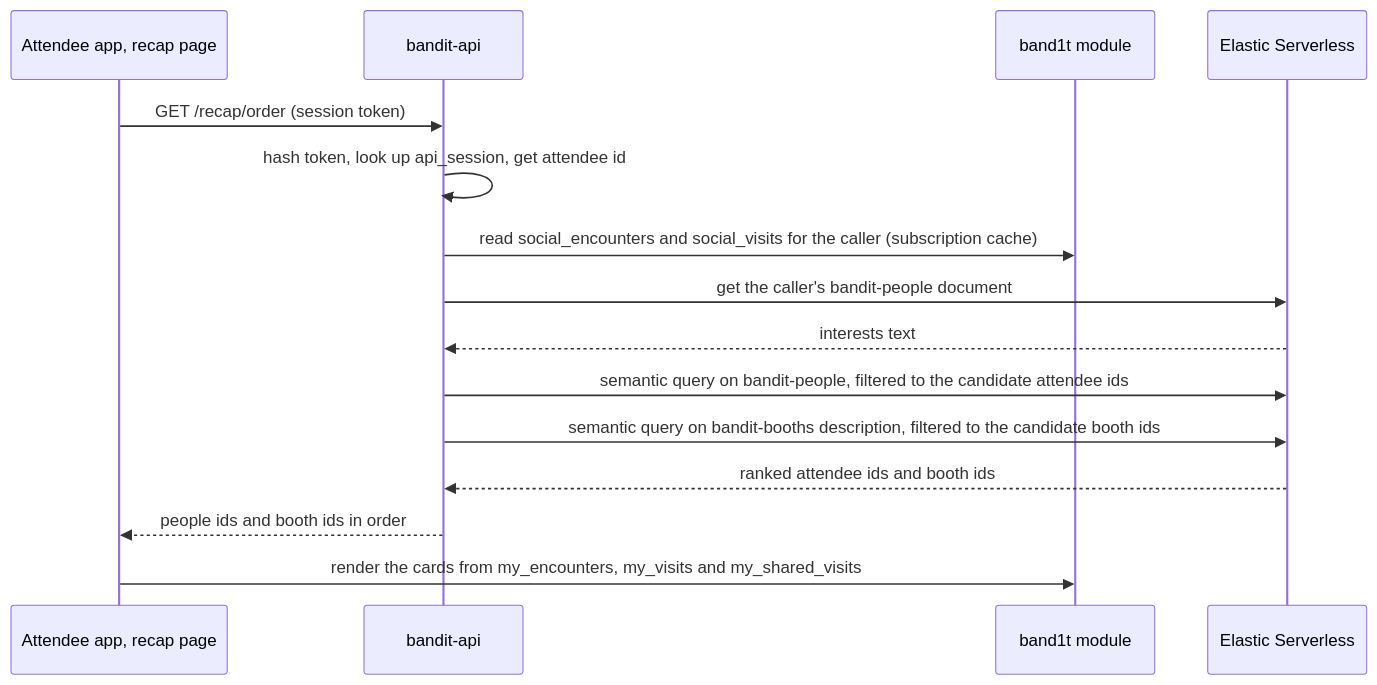
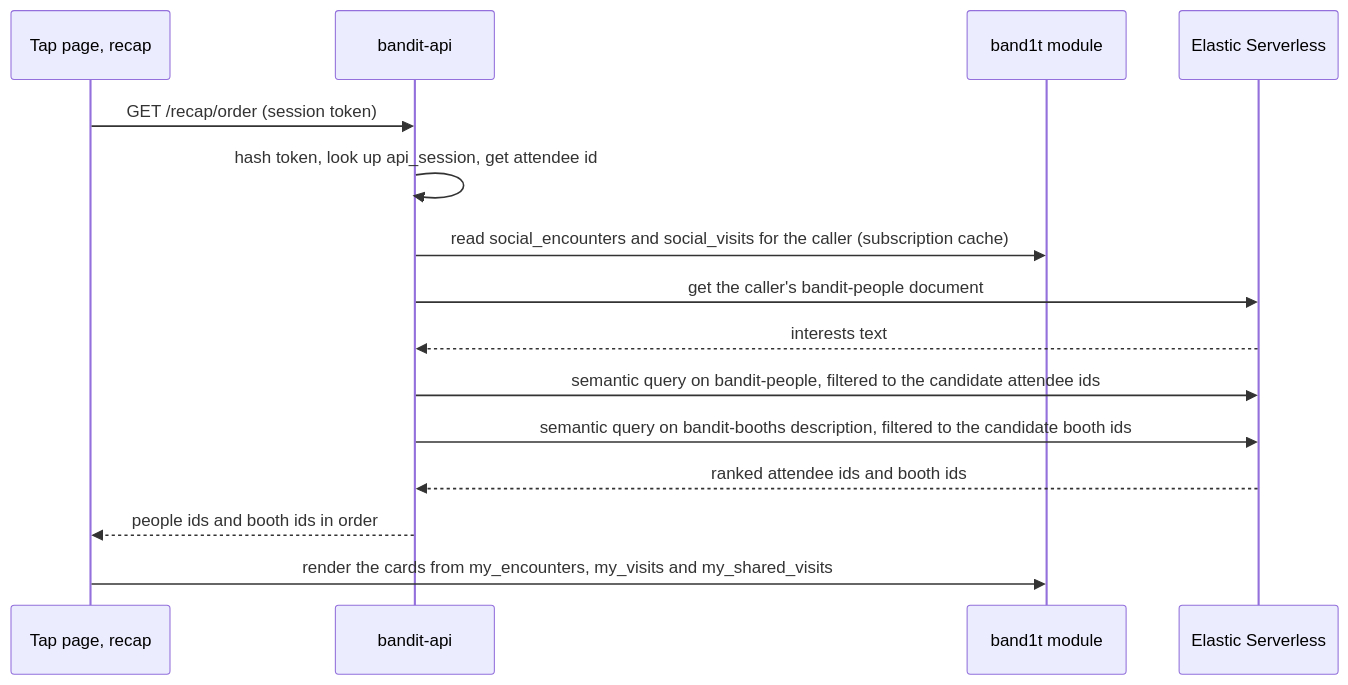
One commit to viktorinkov/cal-hacks-13 changed the fourth of 5 diagrams in System Design/7-integrations/Elastic.md. Above: the diagram before and after it, drawn with Mermaid. The commit also changed other lines of this file and 26 other files, not shown here.

````diff
--- a/System Design/7-integrations/Elastic.md
+++ b/System Design/7-integrations/Elastic.md
@@ -310,17 +341,17 @@
 ```mermaid
 sequenceDiagram
-  participant APP as Attendee app, recap page
+  participant APP as Tap page, recap
   participant API as bandit-api
   participant STDB as band1t module
   participant ES as Elastic Serverless
   APP->>API: GET /recap/order (session token)
   API->>API: hash token, look up api_session, get attendee id
   API->>STDB: read social_encounters and social_visits for the caller (subscription cache)
   API->>ES: get the caller's bandit-people document
   ES-->>API: interests text
   API->>ES: semantic query on bandit-people, filtered to the candidate attendee ids
   API->>ES: semantic query on bandit-booths description, filtered to the candidate booth ids
   ES-->>API: ranked attendee ids and booth ids
   API-->>APP: people ids and booth ids in order
   APP->>STDB: render the cards from my_encounters, my_visits and my_shared_visits
 ```
````
